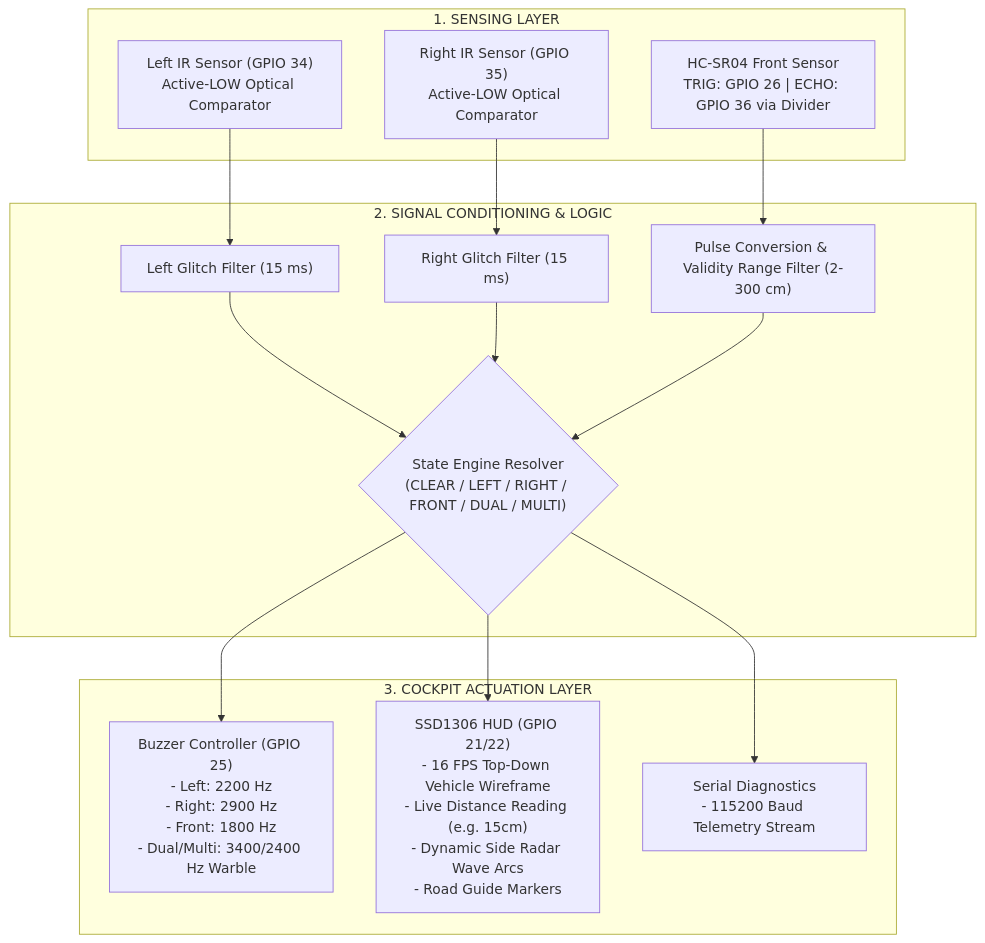
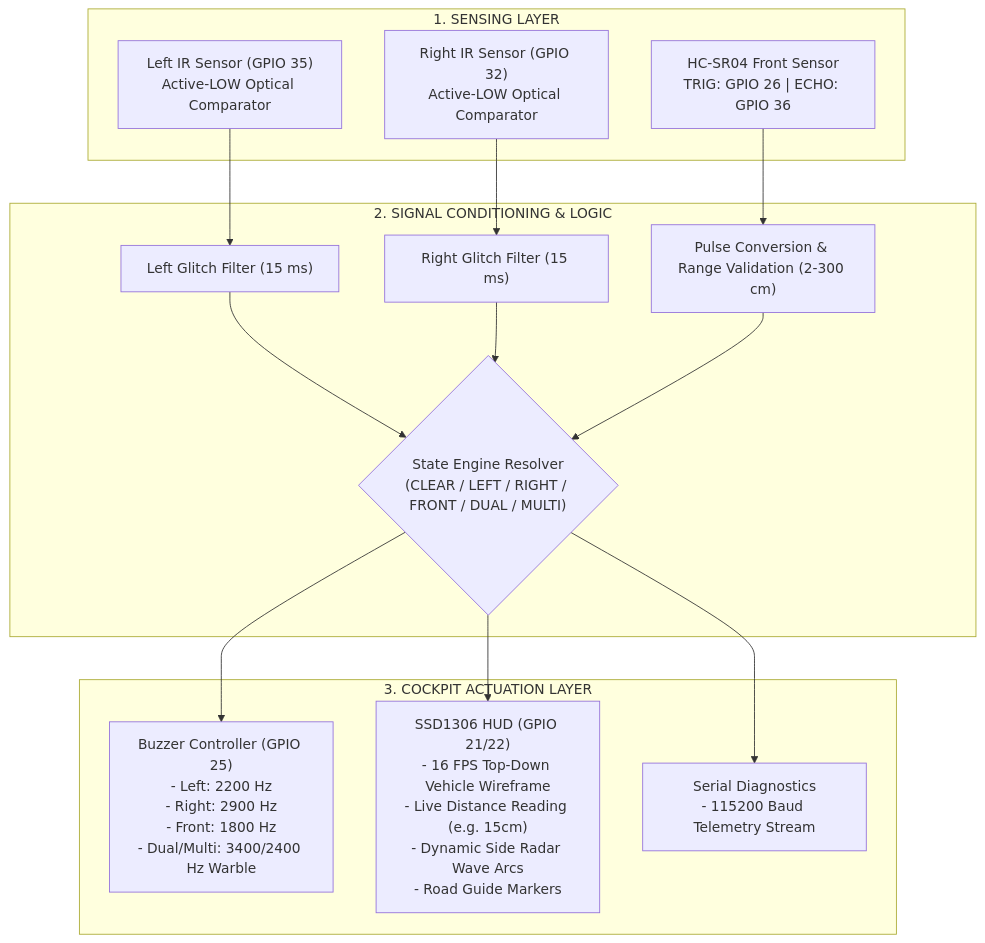
Before and after one commit to DevInfinix/BlindSpottr: the diagram in docs/architecture.md, drawn with Mermaid. The commit also changed other lines of this file and 5 other files, not shown here.

Commit message:
FIX: remap physical pin assignments (Left IR=GPIO 35, Right IR=GPIO 32) and update schematics (fixes #8)

````diff
--- a/docs/architecture.md
+++ b/docs/architecture.md
@@ -86,33 +80,33 @@
 ```mermaid
 graph TD
     subgraph SENSING ["1. SENSING LAYER"]
-        IR_L["Left IR Sensor (GPIO 34)\nActive-LOW Optical Comparator"]
-        IR_R["Right IR Sensor (GPIO 35)\nActive-LOW Optical Comparator"]
-        US_FRONT["HC-SR04 Front Sensor\nTRIG: GPIO 26 | ECHO: GPIO 36 via Divider"]
+        IR_L["Left IR Sensor (GPIO 35)\nActive-LOW Optical Comparator"]
+        IR_R["Right IR Sensor (GPIO 32)\nActive-LOW Optical Comparator"]
+        US_FRONT["HC-SR04 Front Sensor\nTRIG: GPIO 26 | ECHO: GPIO 36"]
     end
 
     subgraph PROCESSING ["2. SIGNAL CONDITIONING & LOGIC"]
         DEB_L["Left Glitch Filter (15 ms)"]
         DEB_R["Right Glitch Filter (15 ms)"]
-        US_FILTER["Pulse Conversion & Validity Range Filter (2-300 cm)"]
+        US_FILTER["Pulse Conversion & Range Validation (2-300 cm)"]
         FSM{"State Engine Resolver\n(CLEAR / LEFT / RIGHT / FRONT / DUAL / MULTI)"}
     end
 
     subgraph OUTPUTS ["3. COCKPIT ACTUATION LAYER"]
         BUZZ["Buzzer Controller (GPIO 25)\n- Left: 2200 Hz\n- Right: 2900 Hz\n- Front: 1800 Hz\n- Dual/Multi: 3400/2400 Hz Warble"]
         OLED["SSD1306 HUD (GPIO 21/22)\n- 16 FPS Top-Down Vehicle Wireframe\n- Live Distance Reading (e.g. 15cm)\n- Dynamic Side Radar Wave Arcs\n- Road Guide Markers"]
         UART["Serial Diagnostics\n- 115200 Baud Telemetry Stream"]
     end
 
     IR_L --> DEB_L
     IR_R --> DEB_R
     US_FRONT --> US_FILTER
 
     DEB_L --> FSM
     DEB_R --> FSM
     US_FILTER --> FSM
 
     FSM --> BUZZ
     FSM --> OLED
     FSM --> UART
 ```
````
